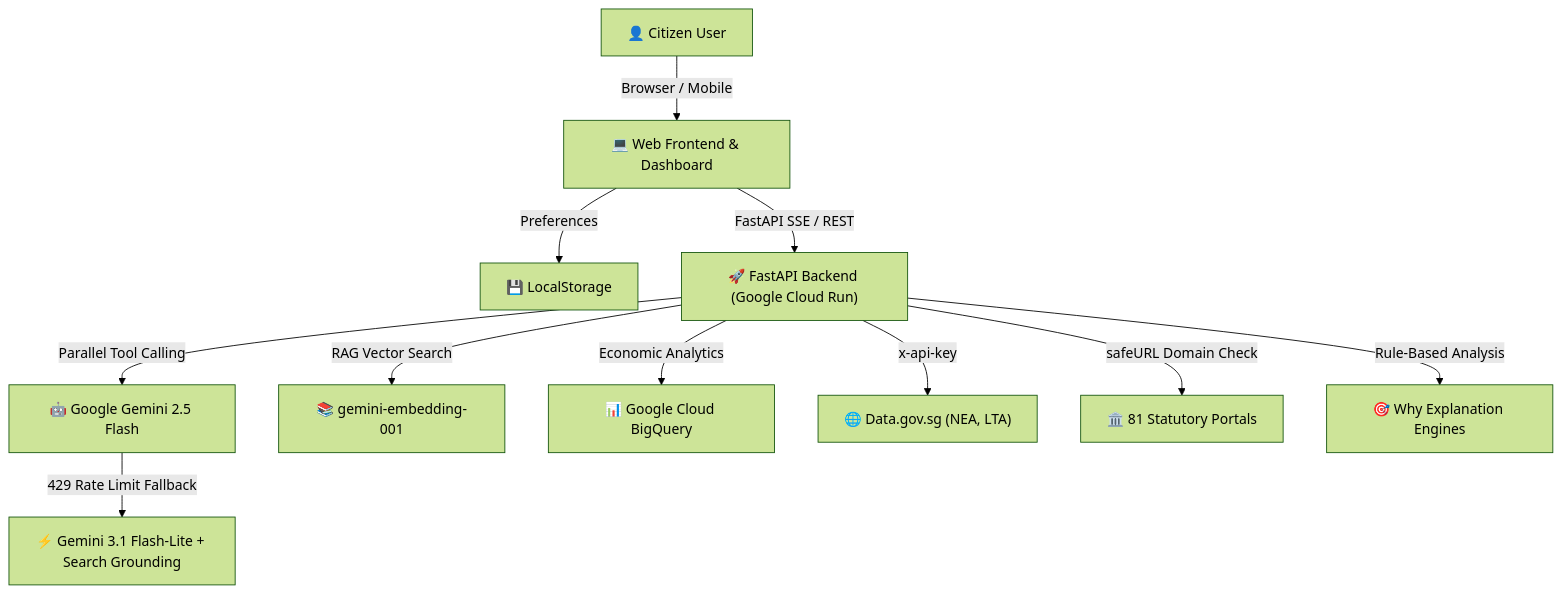
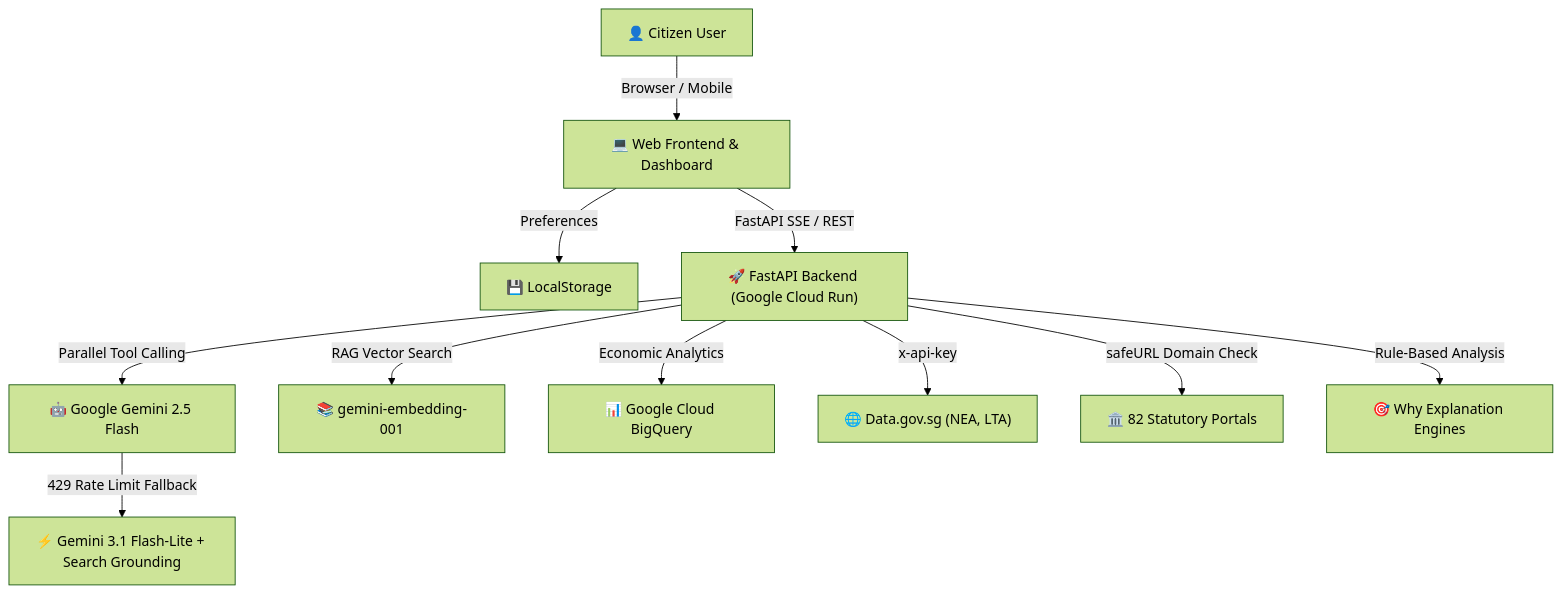
Before and after one commit to leshweyeewin/merlion-os: the diagram in README.md, drawn with Mermaid (forest theme). The commit also changed other lines of this file and 6 other files, not shown here.

Commit message:
feat: expand statutory portal coverage to 82, integrate GovPayouts, and add multimodal document support to Co-Pilot

````diff
--- a/README.md
+++ b/README.md
@@ -33,15 +33,15 @@
 ```mermaid
 flowchart TD
     User["👤 Citizen User"] -->|Browser / Mobile| FE["💻 Web Frontend & Dashboard"]
     FE -->|Preferences| LocalStorage["💾 LocalStorage"]
     FE -->|FastAPI SSE / REST| API["🚀 FastAPI Backend (Google Cloud Run)"]
 
     API -->|Parallel Tool Calling| Gemini["🤖 Google Gemini 2.5 Flash"]
     API -->|RAG Vector Search| Embed["📚 gemini-embedding-001"]
     Gemini -->|429 Rate Limit Fallback| FlashLite["⚡ Gemini 3.1 Flash-Lite + Search Grounding"]
 
     API -->|Economic Analytics| BQ["📊 Google Cloud BigQuery"]
     API -->|x-api-key| DataGov["🌐 Data.gov.sg (NEA, LTA)"]
-    API -->|safeURL Domain Check| GovPortals["🏛️ 81 Statutory Portals"]
+    API -->|safeURL Domain Check| GovPortals["🏛️ 82 Statutory Portals"]
     API -->|Rule-Based Analysis| WhyEngines["🎯 Why Explanation Engines"]
 ```
````
